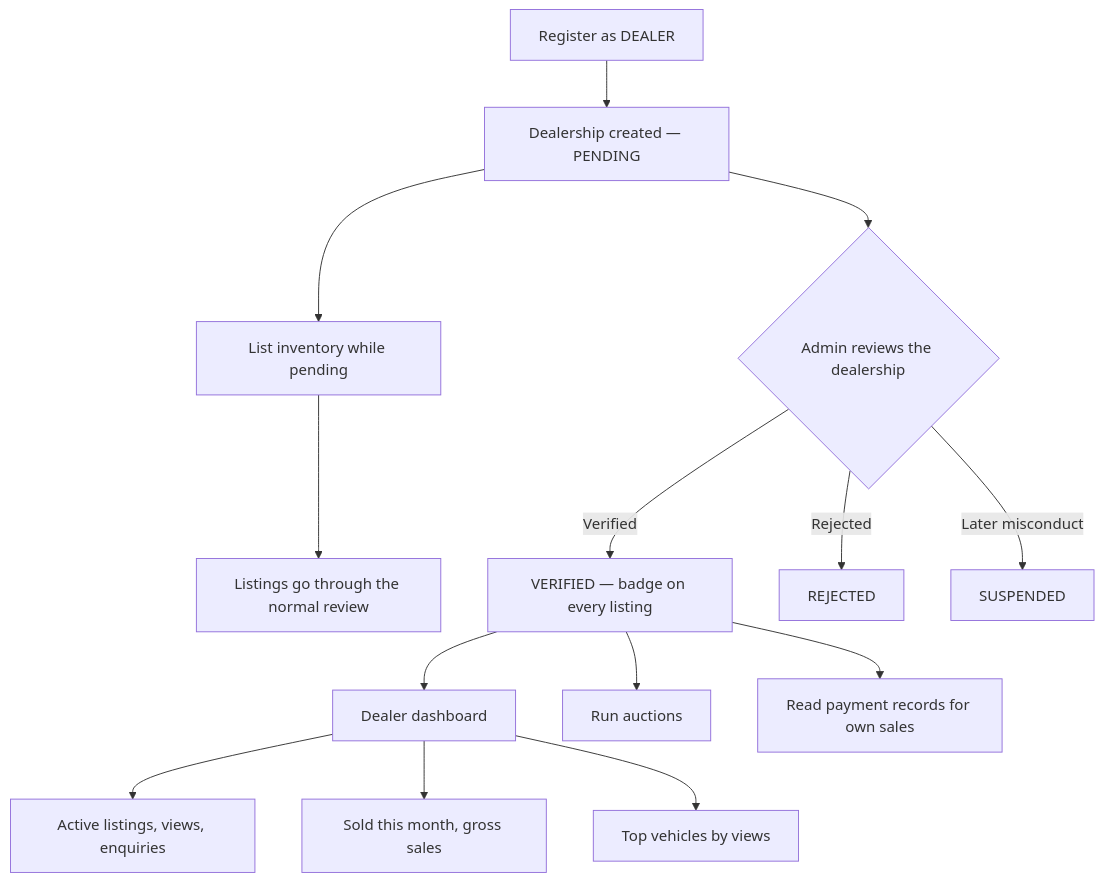
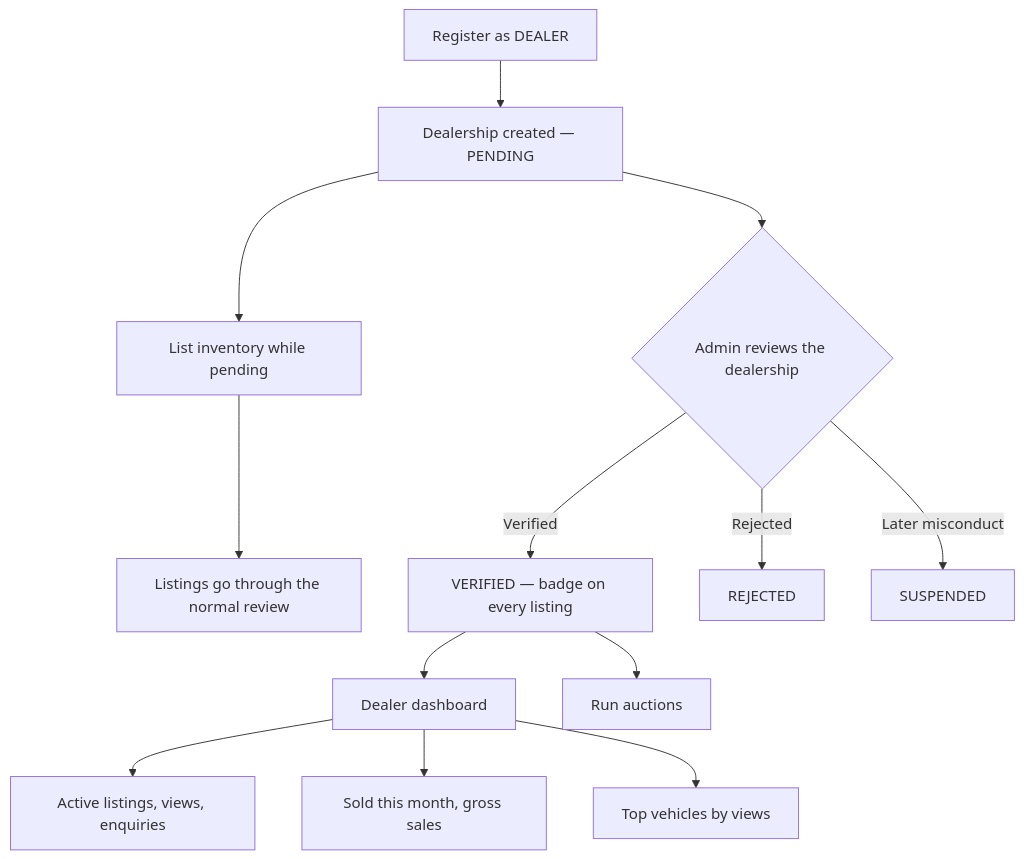
Before and after one commit to MohammadZakariaDehghani/Vintrax: the fourth of 19 diagrams in documentation/transaction-flow.md, drawn with Mermaid. The commit also changed other lines of this file and 39 other files, not shown here.

````diff
--- a/documentation/transaction-flow.md
+++ b/documentation/transaction-flow.md
@@ -188,19 +177,18 @@
 ```mermaid
 flowchart TD
     A["Register as DEALER"] --> B["Dealership created — PENDING"]
     B --> C["List inventory while pending"]
     C --> D["Listings go through the normal review"]
 
     B --> E{"Admin reviews the dealership"}
     E -- "Verified" --> F["VERIFIED — badge on every listing"]
     E -- "Rejected" --> G["REJECTED"]
     E -- "Later misconduct" --> H["SUSPENDED"]
 
     F --> I["Dealer dashboard"]
     I --> J["Active listings, views, enquiries"]
     I --> K["Sold this month, gross sales"]
     I --> L["Top vehicles by views"]
 
     F --> M["Run auctions"]
-    F --> N["Read payment records for own sales"]
 ```
````
